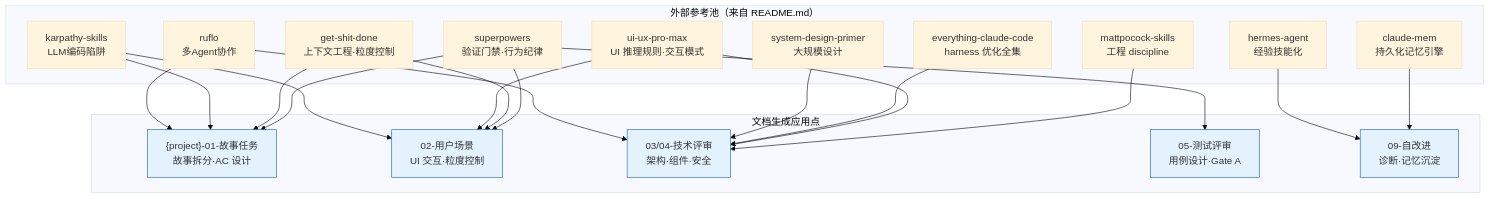
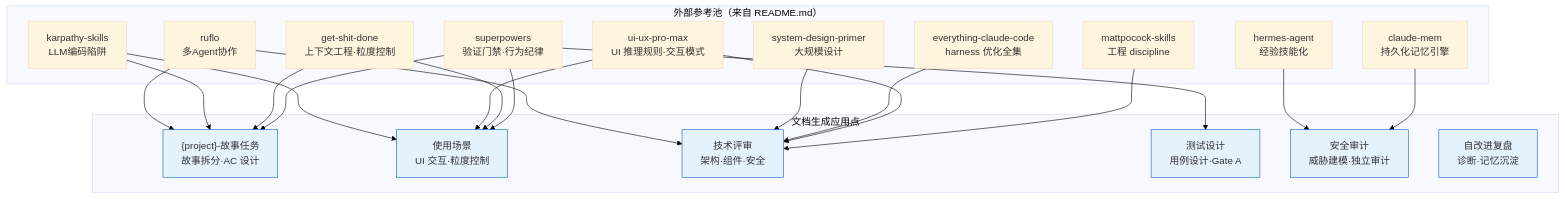
Diagram 14 of 14 in skills/rui/formulas.md (effiy/YrY), drawn with Mermaid (base theme) before and after one commit. The commit also changed other lines of this file and 90 other files, not shown here.

````diff
--- a/skills/rui/formulas.md
+++ b/skills/rui/formulas.md
@@ -850,36 +794,37 @@
 ```mermaid
 flowchart TD
     subgraph 参考池["外部参考池（来自 README.md）"]
         R1["superpowers<br/>验证门禁·行为纪律"]
         R2["get-shit-done<br/>上下文工程·粒度控制"]
         R3["mattpocock-skills<br/>工程 discipline"]
         R4["ui-ux-pro-max<br/>UI 推理规则·交互模式"]
         R5["claude-mem<br/>持久化记忆引擎"]
         R6["everything-claude-code<br/>harness 优化全集"]
         R7["karpathy-skills<br/>LLM编码陷阱"]
         R8["system-design-primer<br/>大规模设计"]
         R9["hermes-agent<br/>经验技能化"]
         R10["ruflo<br/>多Agent协作"]
     end
 
     subgraph 应用点["文档生成应用点"]
-        A1["{project}-01-故事任务<br/>故事拆分·AC 设计"]:::doc
-        A2["02-用户场景<br/>UI 交互·粒度控制"]:::doc
-        A3["03/04-技术评审<br/>架构·组件·安全"]:::doc
-        A4["05-测试评审<br/>用例设计·Gate A"]:::doc
-        A5["09-自改进<br/>诊断·记忆沉淀"]:::doc
+        A1["{project}-故事任务<br/>故事拆分·AC 设计"]:::doc
+        A2["使用场景<br/>UI 交互·粒度控制"]:::doc
+        A3["技术评审<br/>架构·组件·安全"]:::doc
+        A4["测试设计<br/>用例设计·Gate A"]:::doc
+        A5["安全审计<br/>威胁建模·独立审计"]:::doc
+        A6["自改进复盘<br/>诊断·记忆沉淀"]:::doc
     end
 
     R1 --> A1 & A2 & A4
     R2 --> A1 & A2
     R3 --> A3
     R4 --> A2 & A3
     R5 --> A5
     R6 --> A3
     R7 --> A1 & A2
     R8 --> A3
     R9 --> A5
     R10 --> A1 & A3
 
     classDef doc fill:#e3f2fd,stroke:#1565c0;
 ```
````
